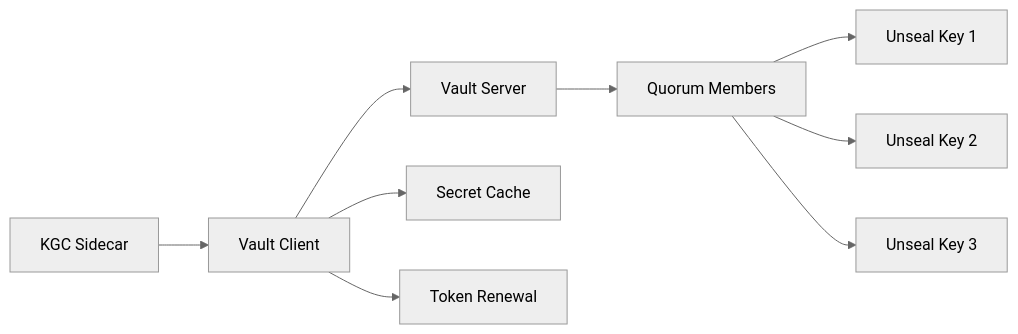
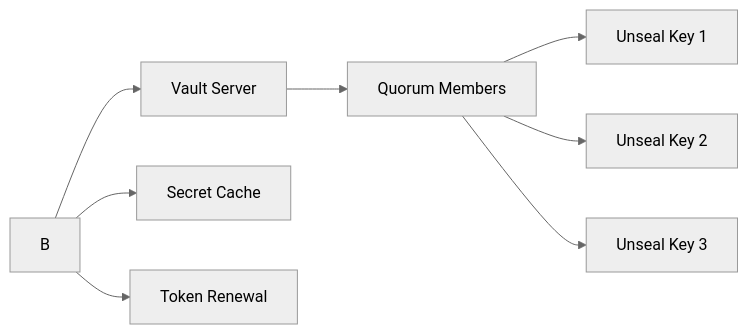
The first of 4 diagrams in docs/archive/INFRASTRUCTURE-VALIDATION-REPORT.md (seanchatmangpt/unrdf), drawn with Mermaid (neutral theme) before and after one commit. The commit also changed other lines of this file and 240 other files, not shown here.

````diff
--- a/docs/archive/INFRASTRUCTURE-VALIDATION-REPORT.md
+++ b/docs/archive/INFRASTRUCTURE-VALIDATION-REPORT.md
@@ -69,11 +67,10 @@
 ```mermaid
 graph LR
-    A[KGC Sidecar] --> B[Vault Client]
     B --> C[Vault Server]
     B --> D[Secret Cache]
     B --> E[Token Renewal]
     C --> F[Quorum Members]
     F --> G[Unseal Key 1]
     F --> H[Unseal Key 2]
     F --> I[Unseal Key 3]
 ```
````
